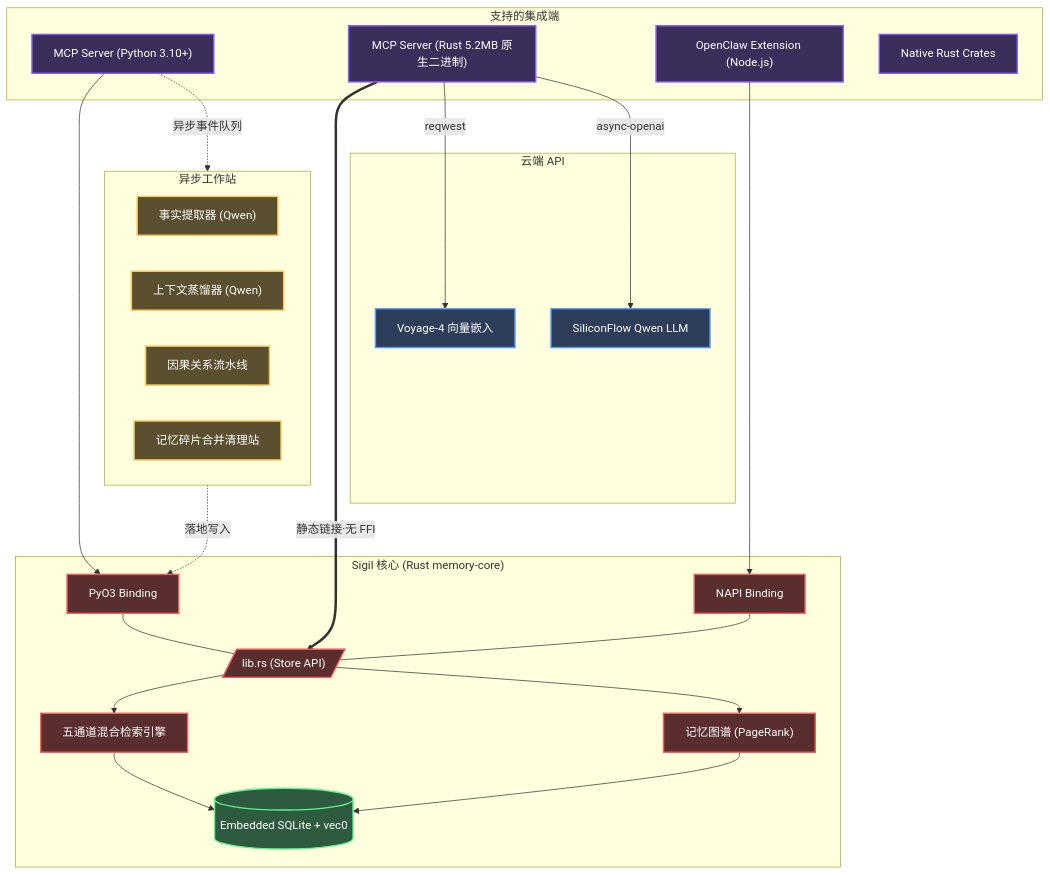
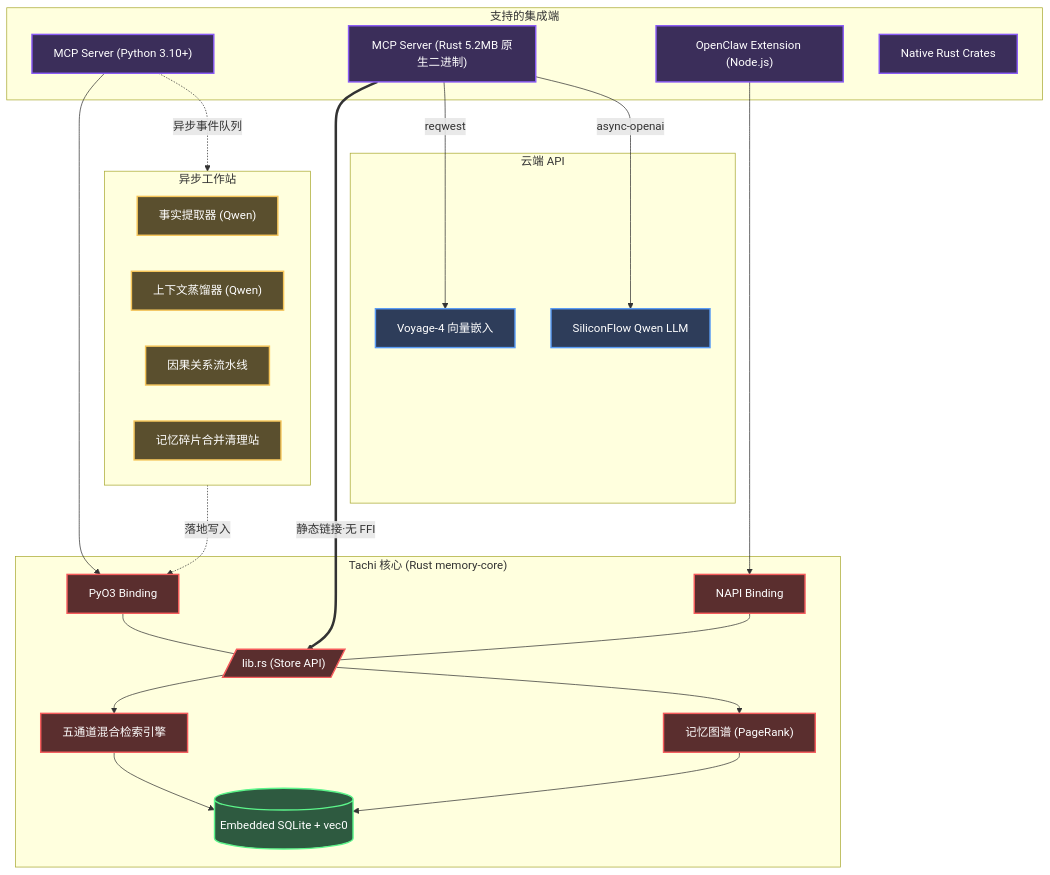
Before and after one commit to kckylechen1/tachi: the diagram in README.zh-CN.md, drawn with Mermaid. The commit also changed other lines of this file and 29 other files, not shown here.

````diff
--- a/README.zh-CN.md
+++ b/README.zh-CN.md
@@ -150,55 +150,55 @@
 ```mermaid
 graph TD
     subgraph Clients["支持的集成端"]
         MCP["MCP Server (Python 3.10+)"]
         RMCP["MCP Server (Rust 5.2MB 原生二进制)"]
         OC["OpenClaw Extension (Node.js)"]
         NATIVE["Native Rust Crates"]
     end
 
     subgraph Cloud["云端 API"]
         VOYAGE["Voyage-4 向量嵌入"]
         SILICON["SiliconFlow Qwen LLM"]
     end
 
     subgraph Operations["异步工作站"]
         EXTRACT["事实提取器 (Qwen)"]
         DISTILL["上下文蒸馏器 (Qwen)"]
         CAUSAL["因果关系流水线"]
         CONSOLIDATE["记忆碎片合并清理站"]
     end
 
-    subgraph Core["Sigil 核心 (Rust memory-core)"]
+    subgraph Core["Tachi 核心 (Rust memory-core)"]
         NAPI["NAPI Binding"]
         PYO3["PyO3 Binding"]
 
         NAPI --- LIB[/"lib.rs (Store API)"/]
         PYO3 --- LIB
 
         LIB --> SEARCH["五通道混合检索引擎"]
         LIB --> GRAPH["记忆图谱 (PageRank)"]
 
         SEARCH --> SQLITE[("Embedded SQLite + vec0")]
         GRAPH --> SQLITE
     end
 
     RMCP ==>|"静态链接·无 FFI"| LIB
     RMCP -->|"reqwest"| VOYAGE
     RMCP -->|"async-openai"| SILICON
     MCP --> PYO3
     OC --> NAPI
     MCP -.->|"异步事件队列"| Operations
     Operations -.->|"落地写入"| PYO3
 
     classDef client fill:#3b2e5a,stroke:#8a5cf5,stroke-width:2px,color:#fff;
     classDef cloud fill:#2e3d5a,stroke:#5a9cf5,stroke-width:2px,color:#fff;
     classDef worker fill:#5a4f2e,stroke:#f5c55a,stroke-width:2px,color:#fff;
     classDef rust fill:#5a2e2e,stroke:#f55c5c,stroke-width:2px,color:#fff;
     classDef db fill:#2e5a40,stroke:#5cf58a,stroke-width:2px,color:#fff;
 
     class MCP,RMCP,OC,NATIVE client;
     class VOYAGE,SILICON cloud;
     class EXTRACT,DISTILL,CAUSAL,CONSOLIDATE worker;
     class NAPI,PYO3,LIB,SEARCH,GRAPH rust;
     class SQLITE db;
 ```
````
